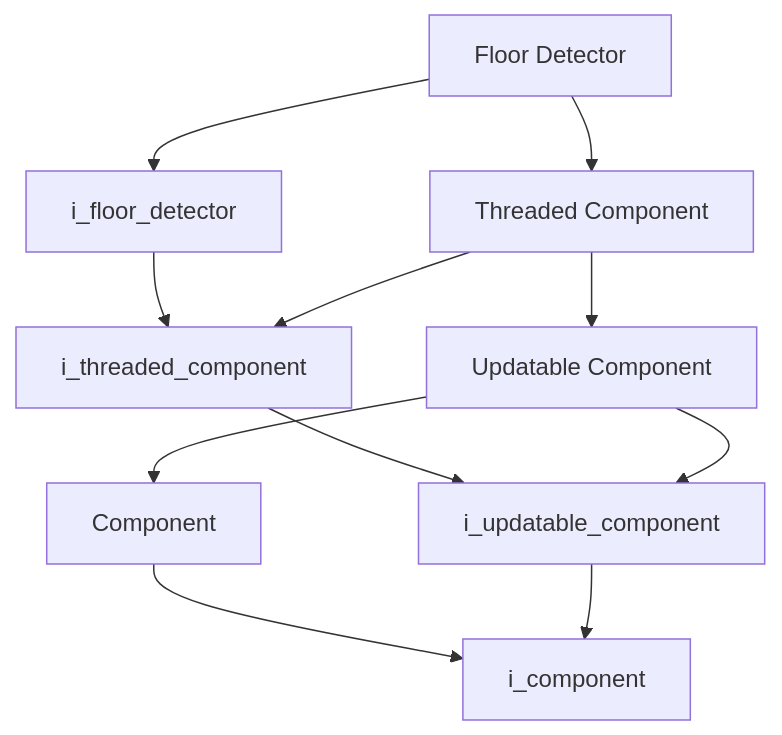
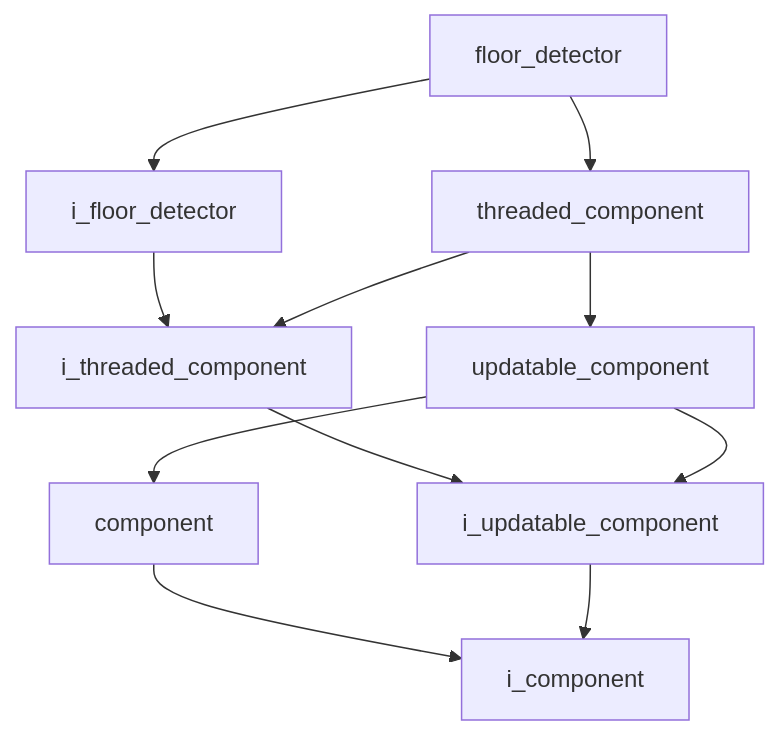
One commit to kasper-szczerba/autonomous_control_system_wiki changed the first of 2 diagrams in docs/codebase/namespaces/vision/implementation/detection/floor_detector.md. Above: the diagram before and after it, drawn with Mermaid. The commit also changed other lines of this file and 41 other files, not shown here.

````diff
--- a/docs/codebase/namespaces/vision/implementation/detection/floor_detector.md
+++ b/docs/codebase/namespaces/vision/implementation/detection/floor_detector.md
@@ -15,14 +15,14 @@
 ```mermaid
 graph TD
-    floor_detector["Floor Detector"]
-    component["Component"] --> i_component["i_component"]
-    floor_detector["Floor Detector"] --> i_floor_detector["i_floor_detector"]
-    floor_detector["Floor Detector"] --> threaded_component["Threaded Component"]
+    floor_detector["floor_detector"]
+    component["component"] --> i_component["i_component"]
+    floor_detector["floor_detector"] --> i_floor_detector["i_floor_detector"]
+    floor_detector["floor_detector"] --> threaded_component["threaded_component"]
     i_floor_detector["i_floor_detector"] --> i_threaded_component["i_threaded_component"]
     i_threaded_component["i_threaded_component"] --> i_updatable_component["i_updatable_component"]
     i_updatable_component["i_updatable_component"] --> i_component["i_component"]
-    threaded_component["Threaded Component"] --> i_threaded_component["i_threaded_component"]
-    threaded_component["Threaded Component"] --> updatable_component["Updatable Component"]
-    updatable_component["Updatable Component"] --> component["Component"]
-    updatable_component["Updatable Component"] --> i_updatable_component["i_updatable_component"]
+    threaded_component["threaded_component"] --> i_threaded_component["i_threaded_component"]
+    threaded_component["threaded_component"] --> updatable_component["updatable_component"]
+    updatable_component["updatable_component"] --> component["component"]
+    updatable_component["updatable_component"] --> i_updatable_component["i_updatable_component"]
 ```
````
